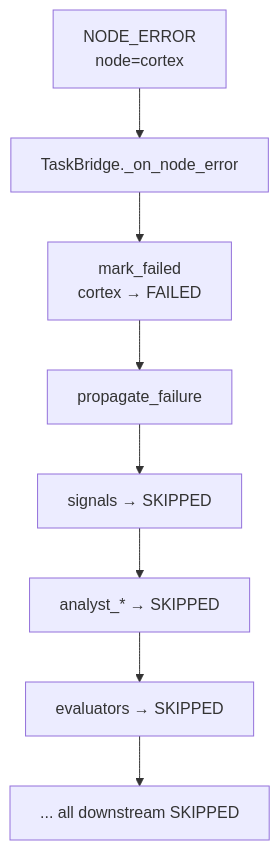
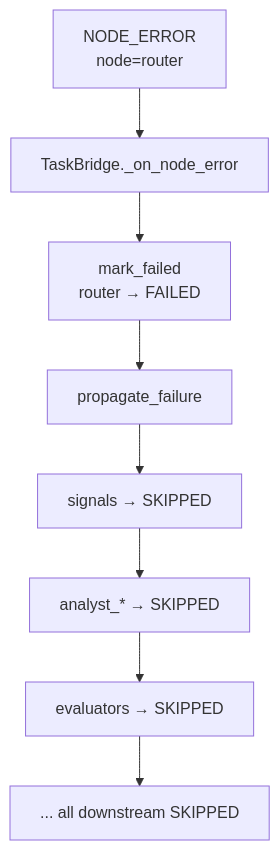
Before and after one commit to mangowhoiscloud/geode: diagram 11 of 12 in docs/architecture/orchestration-operation.md, drawn with Mermaid. The commit also changed other lines of this file and 4 other files, not shown here.

````diff
--- a/docs/architecture/orchestration-operation.md
+++ b/docs/architecture/orchestration-operation.md
@@ -458,19 +453,19 @@
 ```mermaid
 graph TD
-    NE[NODE_ERROR<br/>node=cortex]
+    NE[NODE_ERROR<br/>node=router]
     TB[TaskBridge._on_node_error]
-    MF[mark_failed<br/>cortex → FAILED]
+    MF[mark_failed<br/>router → FAILED]
     PF[propagate_failure]
     SK1[signals → SKIPPED]
     SK2[analyst_* → SKIPPED]
     SK3[evaluators → SKIPPED]
     SK4["... all downstream SKIPPED"]
 
     NE --> TB
     TB --> MF
     MF --> PF
     PF --> SK1
     SK1 --> SK2
     SK2 --> SK3
     SK3 --> SK4
 ```
````
